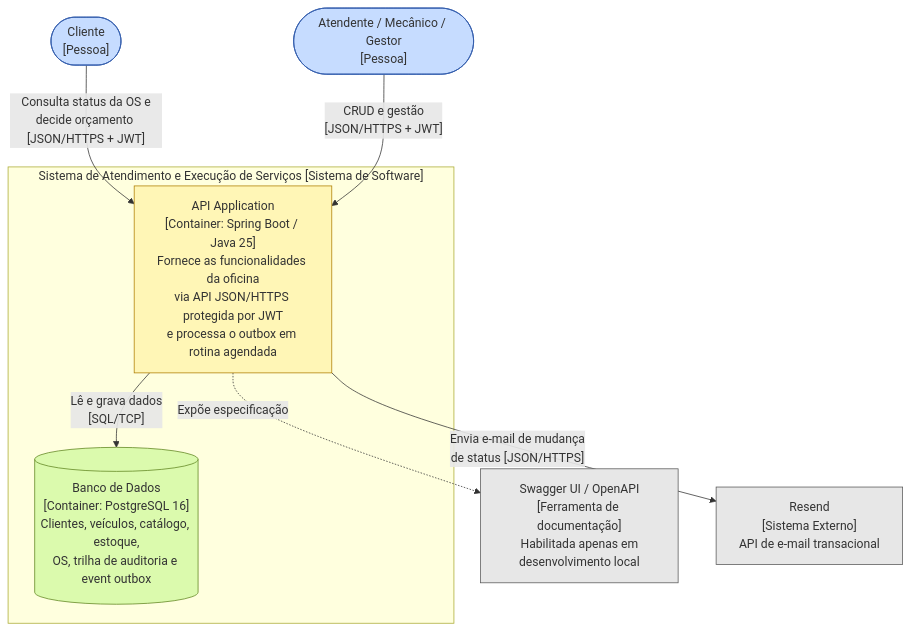
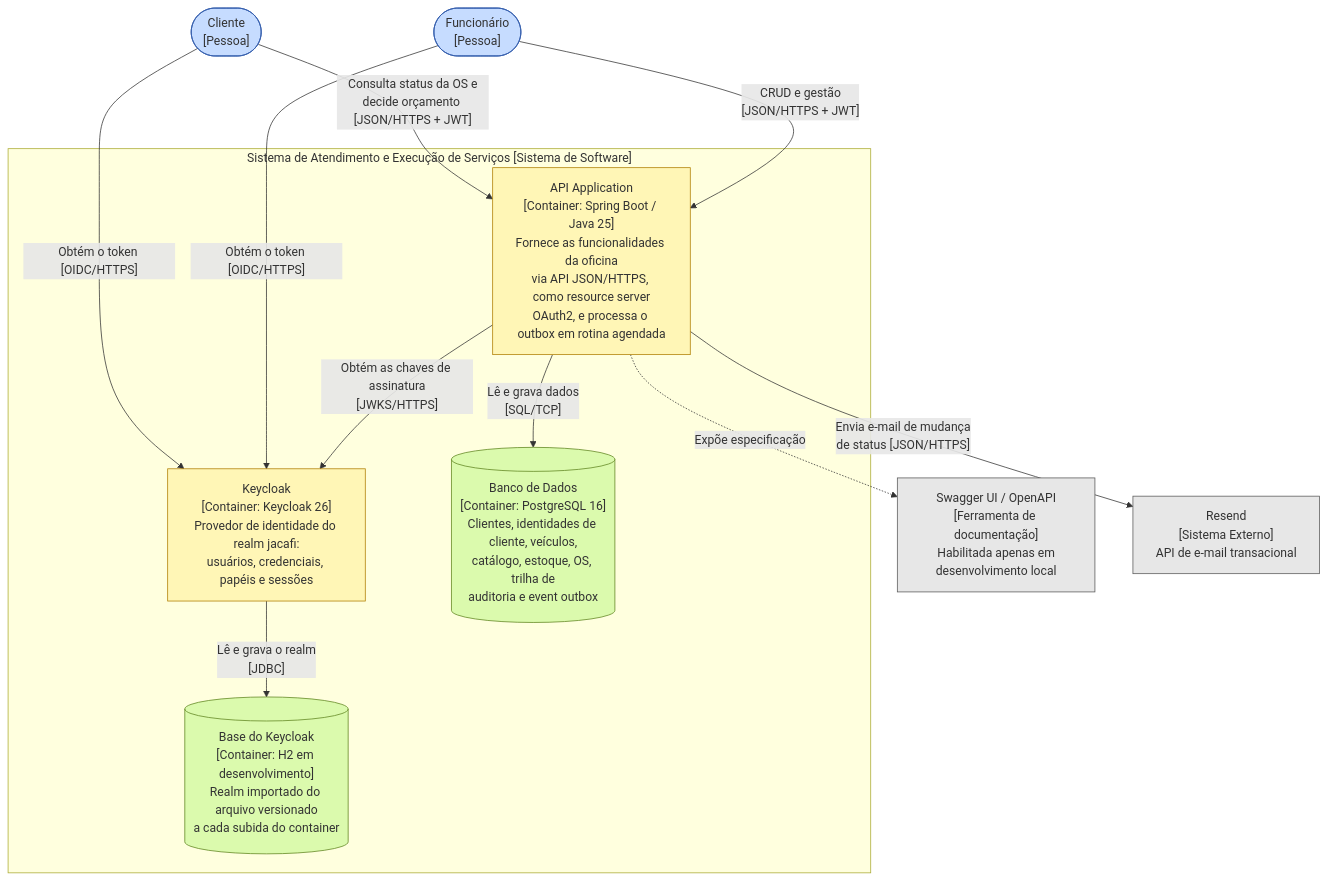
One commit to gabsevamac/JACAFI-FIAP_Tech-Challenge_01 changed the second of 3 diagrams in docs/c4-model.md. Above: the diagram before and after it, drawn with Mermaid. The commit also changed other lines of this file, not shown here.

````diff
--- a/docs/c4-model.md
+++ b/docs/c4-model.md
@@ -36,24 +47,30 @@
 ```mermaid
 flowchart TD
     classDef person fill:#c6dcff,stroke:#305bab
     classDef container fill:#fff6b6,stroke:#af7e02
     classDef db fill:#dbfaad,stroke:#608520
     classDef ext fill:#e7e7e7,stroke:#595959
 
     cliente(["Cliente<br/>[Pessoa]"]):::person
-    funcionario(["Atendente / Mecânico / Gestor<br/>[Pessoa]"]):::person
+    funcionario(["Funcionário<br/>[Pessoa]"]):::person
 
     subgraph Sistema["Sistema de Atendimento e Execução de Serviços [Sistema de Software]"]
-        api["API Application<br/>[Container: Spring Boot / Java 25]<br/>Fornece as funcionalidades da oficina<br/>via API JSON/HTTPS protegida por JWT<br/>e processa o outbox em rotina agendada"]:::container
-        db[("Banco de Dados<br/>[Container: PostgreSQL 16]<br/>Clientes, veículos, catálogo, estoque,<br/>OS, trilha de auditoria e event outbox")]:::db
+        api["API Application<br/>[Container: Spring Boot / Java 25]<br/>Fornece as funcionalidades da oficina<br/>via API JSON/HTTPS, como resource server<br/>OAuth2, e processa o outbox em rotina agendada"]:::container
+        idp["Keycloak<br/>[Container: Keycloak 26]<br/>Provedor de identidade do realm jacafi:<br/>usuários, credenciais, papéis e sessões"]:::container
+        db[("Banco de Dados<br/>[Container: PostgreSQL 16]<br/>Clientes, identidades de cliente, veículos,<br/>catálogo, estoque, OS, trilha de<br/>auditoria e event outbox")]:::db
+        idpDb[("Base do Keycloak<br/>[Container: H2 em desenvolvimento]<br/>Realm importado do arquivo versionado<br/>a cada subida do container")]:::db
     end
 
     docs["Swagger UI / OpenAPI<br/>[Ferramenta de documentação]<br/>Habilitada apenas em<br/>desenvolvimento local"]:::ext
     resend["Resend<br/>[Sistema Externo]<br/>API de e-mail transacional"]:::ext
 
+    cliente -->|"Obtém o token [OIDC/HTTPS]"| idp
+    funcionario -->|"Obtém o token [OIDC/HTTPS]"| idp
     cliente -->|"Consulta status da OS e<br/>decide orçamento [JSON/HTTPS + JWT]"| api
     funcionario -->|"CRUD e gestão<br/>[JSON/HTTPS + JWT]"| api
+    api -->|"Obtém as chaves de assinatura<br/>[JWKS/HTTPS]"| idp
     api -->|"Lê e grava dados<br/>[SQL/TCP]"| db
+    idp -->|"Lê e grava o realm<br/>[JDBC]"| idpDb
     api -->|"Envia e-mail de mudança<br/>de status [JSON/HTTPS]"| resend
     api -.->|"Expõe especificação"| docs
 ```
````
